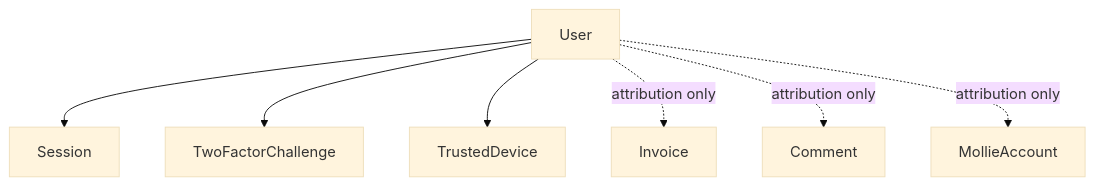
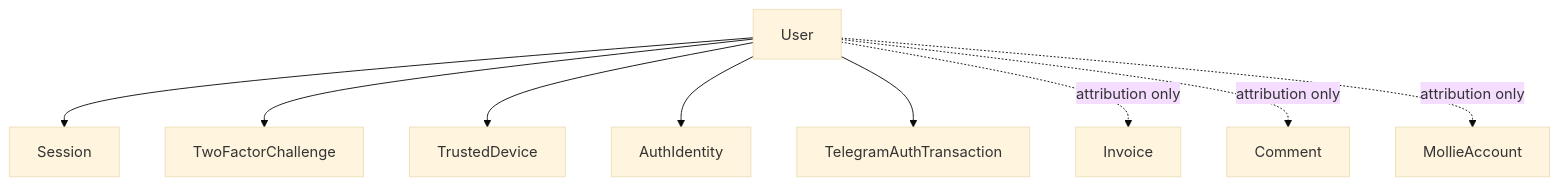
Before and after one commit to Myrhoiazov/ddc-nl-crm: the diagram in docs/domain/identity.md, drawn with Mermaid (base theme). The commit also changed other lines of this file and 42 other files, not shown here.

````diff
--- a/docs/domain/identity.md
+++ b/docs/domain/identity.md
@@ -112,9 +163,11 @@
 ```mermaid
 graph TD
     User --> Session
     User --> TwoFactorChallenge
     User --> TrustedDevice
+    User --> AuthIdentity
+    User --> TelegramAuthTransaction
     User -.attribution only.-> Invoice
     User -.attribution only.-> Comment
     User -.attribution only.-> MollieAccount
 ```
````
